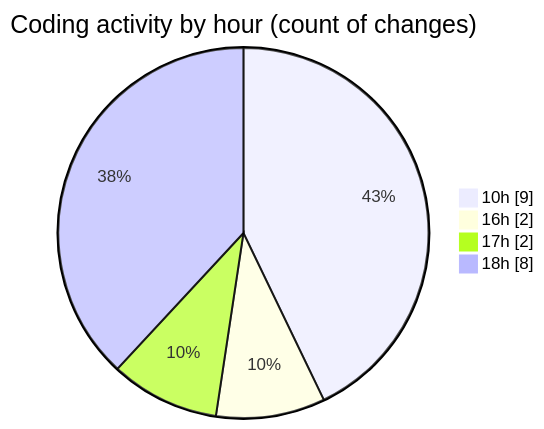
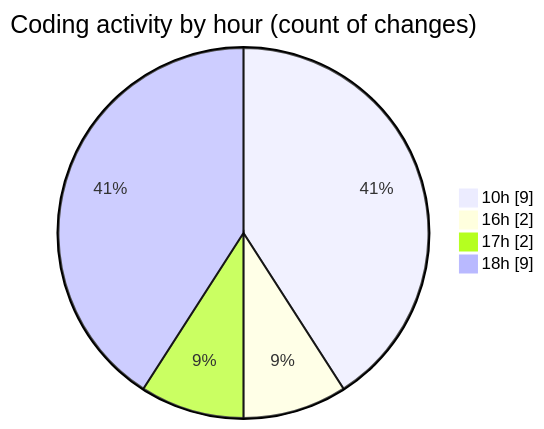
The second of 2 diagrams in 2025-10-10/eventscop-api-guide__workspace_/README.md (julien-gomy/code-tracking), drawn with Mermaid before and after one commit. The commit also changed other lines of this file and 1 other file, not shown here.

````diff
--- a/2025-10-10/eventscop-api-guide__workspace_/README.md
+++ b/2025-10-10/eventscop-api-guide__workspace_/README.md
@@ -31,8 +31,8 @@
 ```mermaid
 pie showData
 title Coding activity by hour (count of changes)
 "10h" : 9
 "16h" : 2
 "17h" : 2
-"18h" : 8
+"18h" : 9
 ```
````
